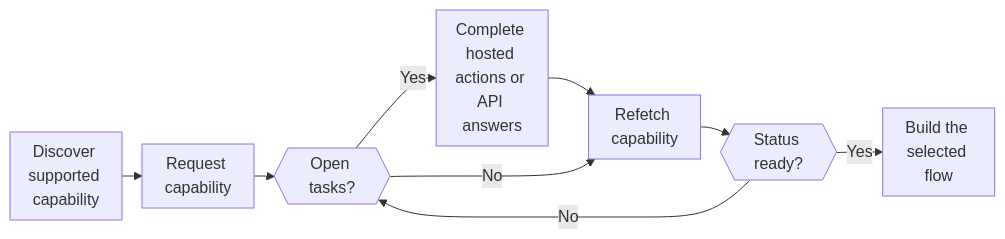
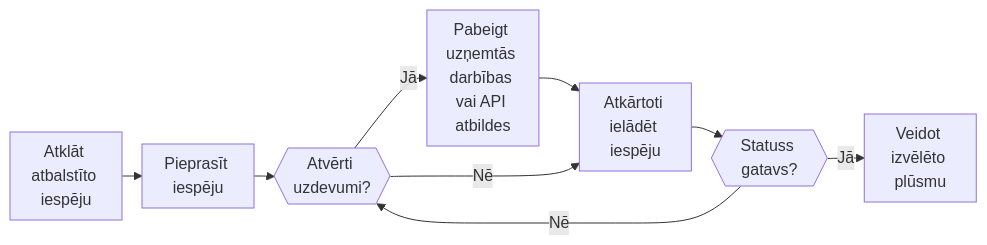
One commit to swipelux/public-docs changed the diagram in lv/integration/onboarding/capabilities-and-requirements.mdx. Above: the diagram before and after it, drawn with Mermaid. The commit also changed other lines of this file and 285 other files, not shown here.

````diff
--- a/lv/integration/onboarding/capabilities-and-requirements.mdx
+++ b/lv/integration/onboarding/capabilities-and-requirements.mdx
@@ -8,12 +8,12 @@
 ```mermaid
 %%{init: {"flowchart": {"rankSpacing": 20, "nodeSpacing": 16, "wrappingWidth": 80, "padding": 8}}}%%
 flowchart LR
-  A["Discover supported capability"] --> B["Request capability"]
-  B --> C{{"Open tasks?"}}
-  C -->|"Yes"| D["Complete hosted actions or API answers"]
-  D --> E["Refetch capability"]
-  C -->|"No"| E
-  E --> F{{"Status ready?"}}
-  F -->|"No"| C
-  F -->|"Yes"| G["Build the selected flow"]
+  A["Atklāt atbalstīto iespēju"] --> B["Pieprasīt iespēju"]
+  B --> C{{"Atvērti uzdevumi?"}}
+  C -->|"Jā"| D["Pabeigt uzņemtās darbības vai API atbildes"]
+  D --> E["Atkārtoti ielādēt iespēju"]
+  C -->|"Nē"| E
+  E --> F{{"Statuss gatavs?"}}
+  F -->|"Nē"| C
+  F -->|"Jā"| G["Veidot izvēlēto plūsmu"]
 ```
````
